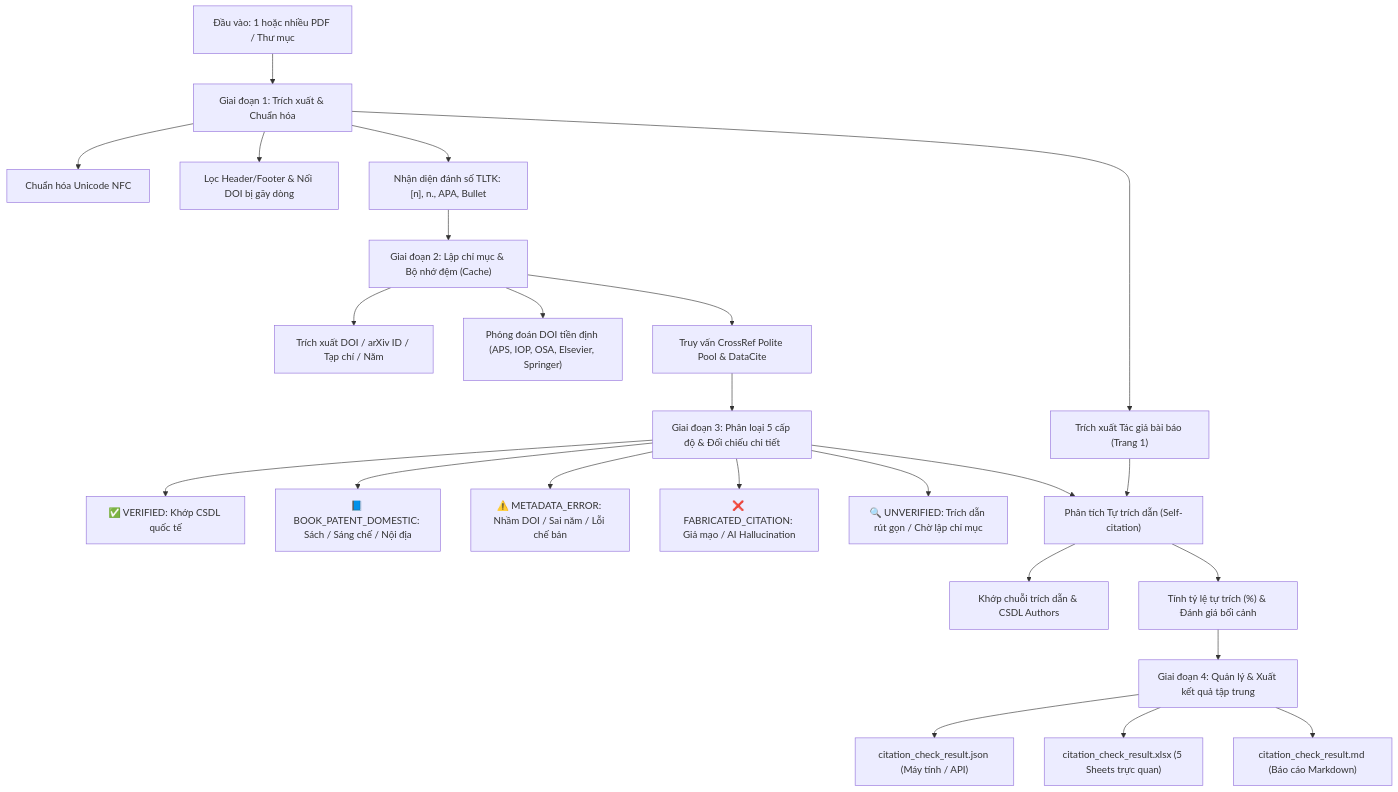
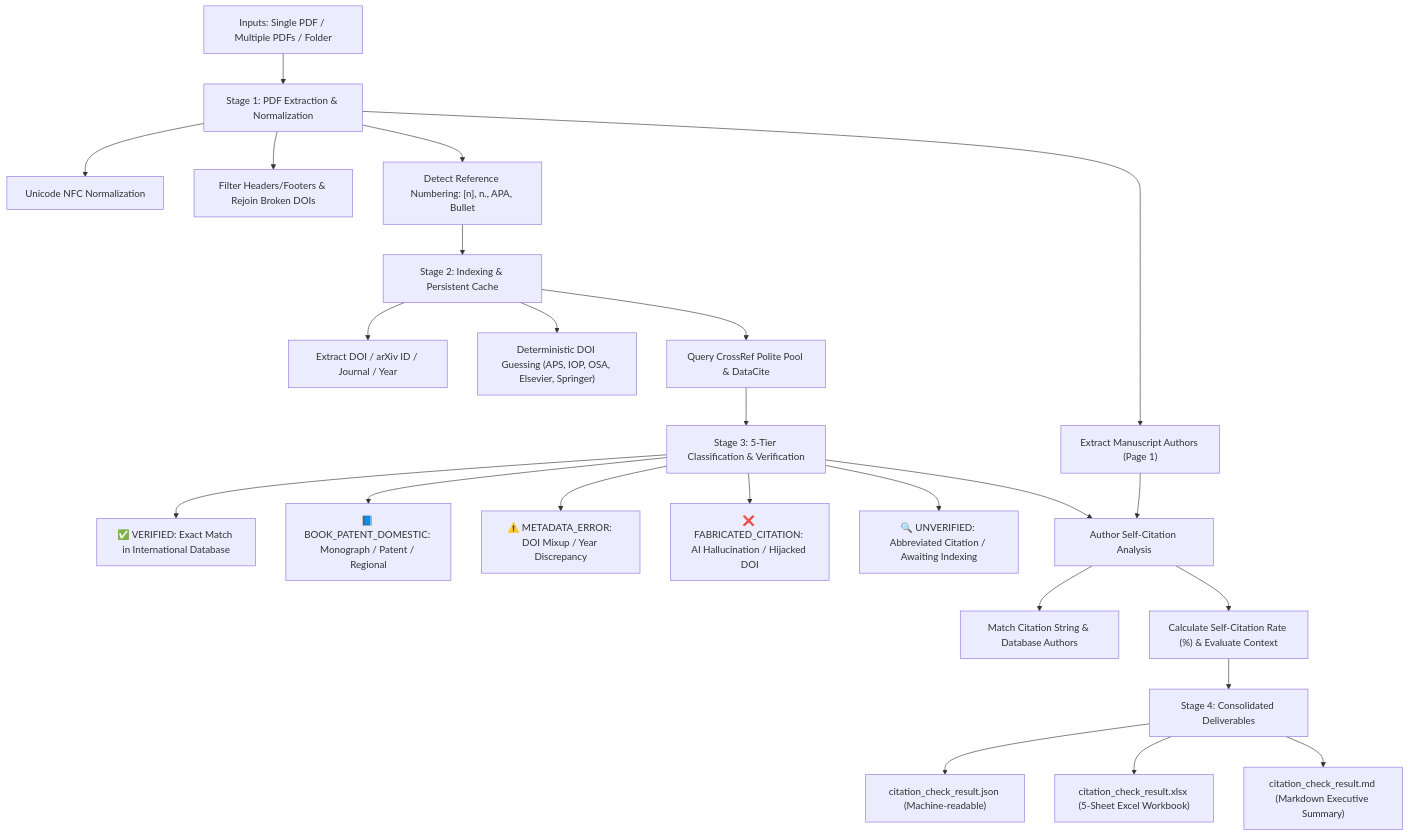
One commit to minhdoan00/pdf-citation-audit changed the diagram in README.md. Above: the diagram before and after it, drawn with Mermaid. The commit also changed other lines of this file and 5 other files, not shown here.

````diff
--- a/README.md
+++ b/README.md
@@ -27,30 +28,30 @@
 ```mermaid
 flowchart TD
-    A["Đầu vào: 1 hoặc nhiều PDF / Thư mục"] --> B["Giai đoạn 1: Trích xuất & Chuẩn hóa"]
-    B --> B1["Chuẩn hóa Unicode NFC"]
-    B --> B2["Trích xuất Tác giả bài báo (Trang 1)"]
-    B --> B3["Lọc Header/Footer & Nối DOI bị gãy dòng"]
-    B --> B4["Nhận diện đánh số TLTK: [n], n., APA, Bullet"]
+    A["Inputs: Single PDF / Multiple PDFs / Folder"] --> B["Stage 1: PDF Extraction & Normalization"]
+    B --> B1["Unicode NFC Normalization"]
+    B --> B2["Extract Manuscript Authors (Page 1)"]
+    B --> B3["Filter Headers/Footers & Rejoin Broken DOIs"]
+    B --> B4["Detect Reference Numbering: [n], n., APA, Bullet"]
     
-    B4 --> C["Giai đoạn 2: Lập chỉ mục & Bộ nhớ đệm (Cache)"]
-    C --> C1["Trích xuất DOI / arXiv ID / Tạp chí / Năm"]
-    C --> C2["Phỏng đoán DOI tiền định (APS, IOP, OSA, Elsevier, Springer)"]
-    C --> C3["Truy vấn CrossRef Polite Pool & DataCite"]
+    B4 --> C["Stage 2: Indexing & Persistent Cache"]
+    C --> C1["Extract DOI / arXiv ID / Journal / Year"]
+    C --> C2["Deterministic DOI Guessing (APS, IOP, OSA, Elsevier, Springer)"]
+    C --> C3["Query CrossRef Polite Pool & DataCite"]
     
-    C3 --> D["Giai đoạn 3: Phân loại 5 cấp độ & Đối chiếu chi tiết"]
-    D --> D1["✅ VERIFIED: Khớp CSDL quốc tế"]
-    D --> D2["📘 BOOK_PATENT_DOMESTIC: Sách / Sáng chế / Nội địa"]
-    D --> D3["⚠️ METADATA_ERROR: Nhầm DOI / Sai năm / Lỗi chế bản"]
-    D --> D4["❌ FABRICATED_CITATION: Giả mạo / AI Hallucination"]
-    D --> D5["🔍 UNVERIFIED: Trích dẫn rút gọn / Chờ lập chỉ mục"]
+    C3 --> D["Stage 3: 5-Tier Classification & Verification"]
+    D --> D1["✅ VERIFIED: Exact Match in International Database"]
+    D --> D2["📘 BOOK_PATENT_DOMESTIC: Monograph / Patent / Regional"]
+    D --> D3["⚠️ METADATA_ERROR: DOI Mixup / Year Discrepancy"]
+    D --> D4["❌ FABRICATED_CITATION: AI Hallucination / Hijacked DOI"]
+    D --> D5["🔍 UNVERIFIED: Abbreviated Citation / Awaiting Indexing"]
     
-    B2 --> S["Phân tích Tự trích dẫn (Self-citation)"]
+    B2 --> S["Author Self-Citation Analysis"]
     D --> S
-    S --> S1["Khớp chuỗi trích dẫn & CSDL Authors"]
-    S --> S2["Tính tỷ lệ tự trích (%) & Đánh giá bối cảnh"]
+    S --> S1["Match Citation String & Database Authors"]
+    S --> S2["Calculate Self-Citation Rate (%) & Evaluate Context"]
     
-    S2 --> E["Giai đoạn 4: Quản lý & Xuất kết quả tập trung"]
-    E --> E1["citation_check_result.json (Máy tính / API)"]
-    E --> E2["citation_check_result.xlsx (5 Sheets trực quan)"]
-    E --> E3["citation_check_result.md (Báo cáo Markdown)"]
+    S2 --> E["Stage 4: Consolidated Deliverables"]
+    E --> E1["citation_check_result.json (Machine-readable)"]
+    E --> E2["citation_check_result.xlsx (5-Sheet Excel Workbook)"]
+    E --> E3["citation_check_result.md (Markdown Executive Summary)"]
 ```
````
